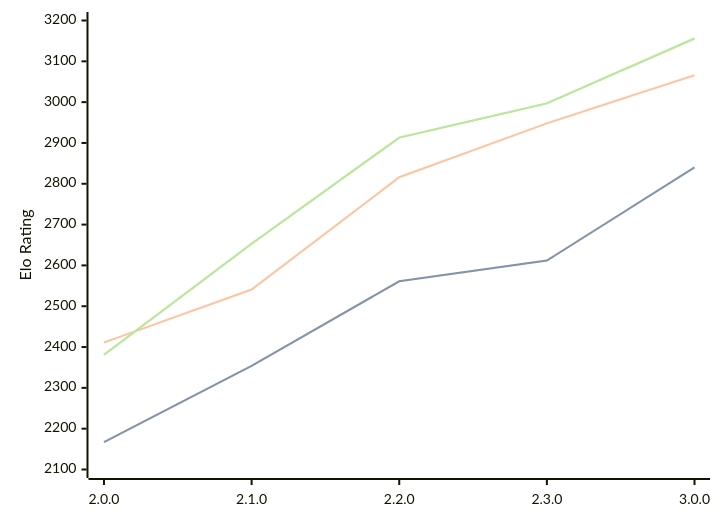
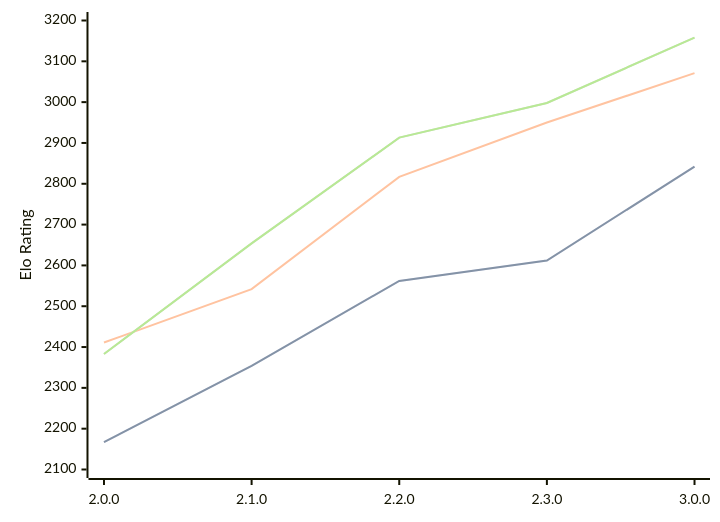
The diagram in engines/Raphael.md (computer-chess-index/cci), drawn with Mermaid before and after one commit. The commit also changed other lines of this file, not shown here.

Commit message:
Update CCI Ratings (ELO VLTC) - 2026-02-16

````diff
--- a/engines/Raphael.md
+++ b/engines/Raphael.md
@@ -44,11 +44,11 @@
 ```mermaid
 %%{init: {"theme":"base","themeVariables":{"seriesColors:['#a3a3a3','#222221','#faa371']}}}%%
 xychart-beta
   x-axis ["2.0.0", "2.1.0", "2.2.0", "2.3.0", "3.0.0"]
   y-axis "Elo Rating" 2100 --> 3200
-  line "STC (8.0+0.08s)" [2167, 2354, 2561, 2612, 2840]
-  line "STC (8.0+0.08s)" [2167, 2354, 2561, 2612, 2840]
-  line "LTC (60.0+0.60s)" [2411, 2541, 2816, 2948, 3066]
-  line "VLTC (2m24s+1.12s)" [2381, 2653, 2913, 2997, 3156]
-  line "VLTC (2m24s+1.12s)" [2381, 2653, 2913, 2997, 3156]
+  line "STC (8.0+0.08s)" [2167, 2354, 2562, 2612, 2842]
+  line "STC (8.0+0.08s)" [2167, 2354, 2562, 2612, 2842]
+  line "LTC (60.0+0.60s)" [2411, 2542, 2817, 2950, 3071]
+  line "VLTC (2m24s+1.12s)" [2383, 2654, 2913, 2998, 3158]
+  line "VLTC (2m24s+1.12s)" [2383, 2654, 2913, 2998, 3158]
 ```
````
